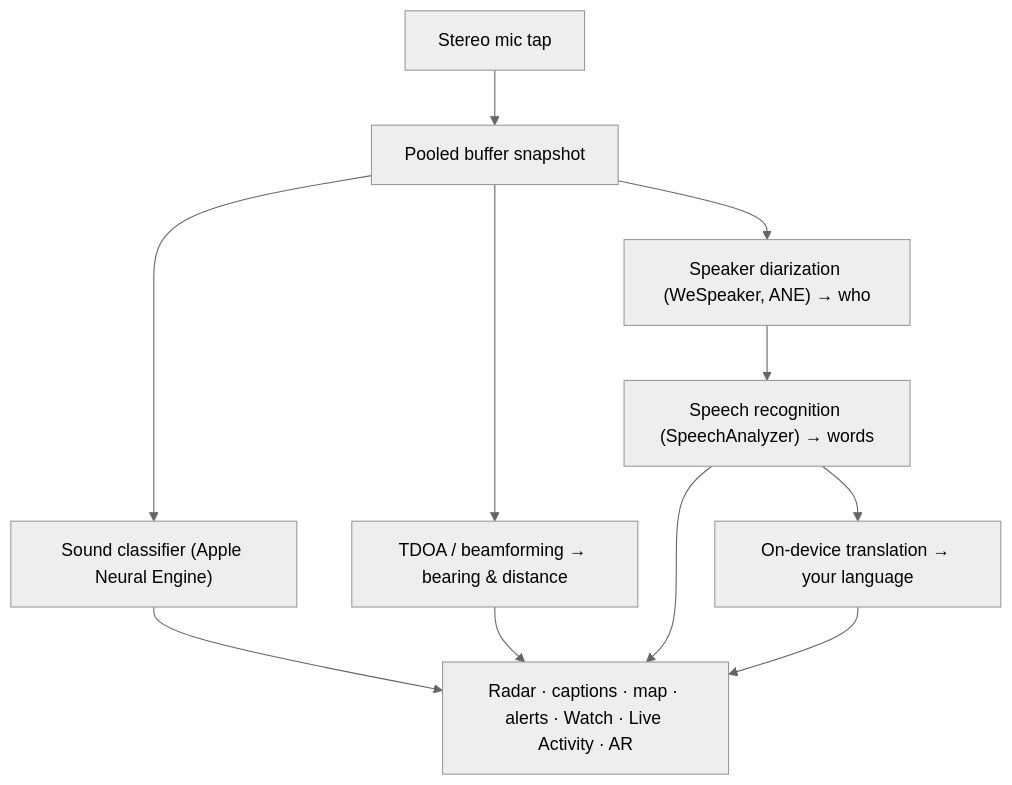
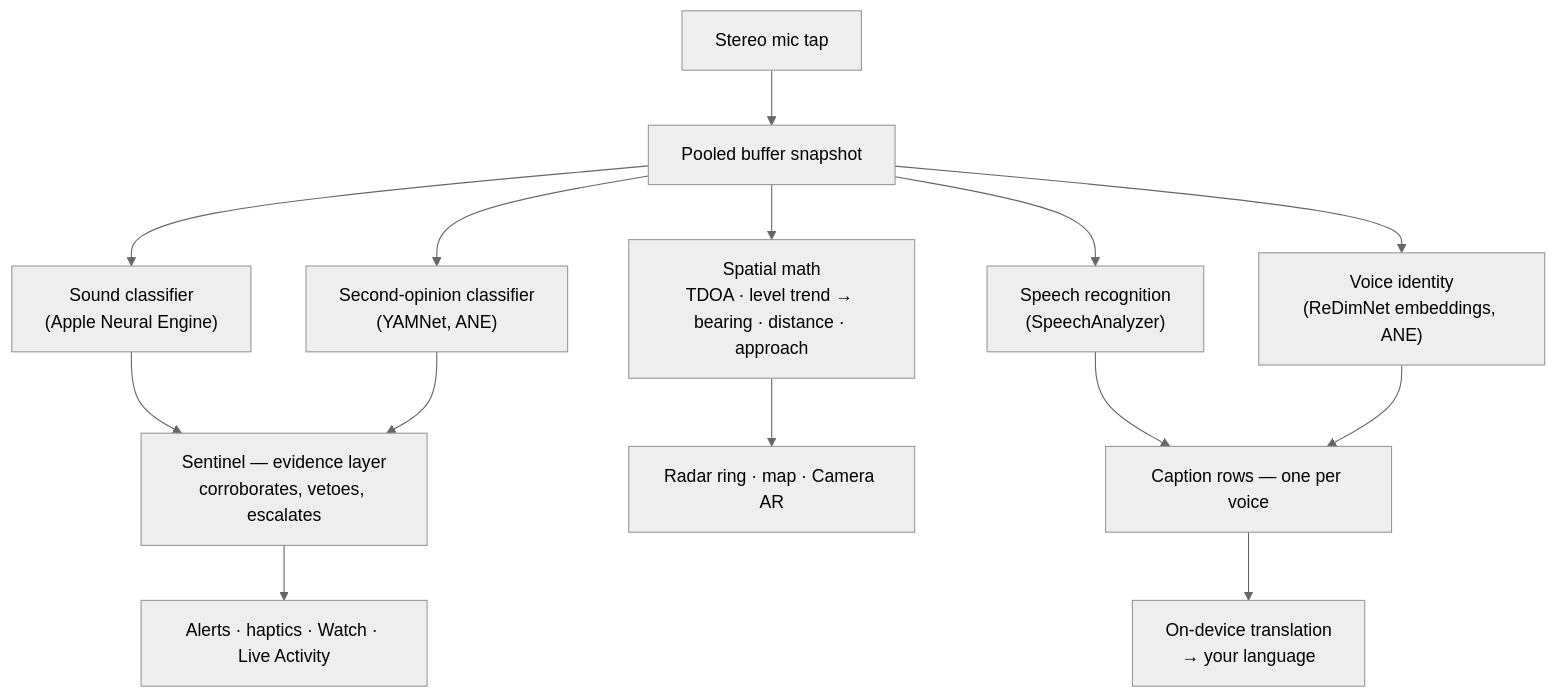
Before and after one commit to rpalm01-star/VigilantEarLegal: the second of 4 diagrams in README_ru.md, drawn with Mermaid (neutral theme). The commit also changed other lines of this file and 11 other files, not shown here.

````diff
--- a/README_ru.md
+++ b/README_ru.md
@@ -113,10 +124,16 @@
 ```mermaid
 graph TD
     A["Stereo mic tap"] --> B["Pooled buffer snapshot"]
-    B --> C["Sound classifier (Apple Neural Engine)"]
-    B --> D["TDOA / beamforming → bearing & distance"]
-    B --> E["Speaker diarization (WeSpeaker, ANE) → who"]
-    E --> F["Speech recognition (SpeechAnalyzer) → words"]
-    F --> G["On-device translation → your language"]
-    C & D & F & G --> H["Radar · captions · map · alerts · Watch · Live Activity · AR"]
+    B --> C["Sound classifier<br/>(Apple Neural Engine)"]
+    B --> Y["Second-opinion classifier<br/>(YAMNet, ANE)"]
+    C --> S["Sentinel — evidence layer<br/>corroborates, vetoes, escalates"]
+    Y --> S
+    S --> H["Alerts · haptics · Watch · Live Activity"]
+    B --> D["Spatial math<br/>TDOA · level trend → bearing · distance · approach"]
+    D --> R["Radar ring · map · Camera AR"]
+    B --> F["Speech recognition<br/>(SpeechAnalyzer)"]
+    B --> E["Voice identity<br/>(ReDimNet embeddings, ANE)"]
+    F --> G["Caption rows — one per voice"]
+    E --> G
+    G --> T["On-device translation<br/>→ your language"]
 ```
````
